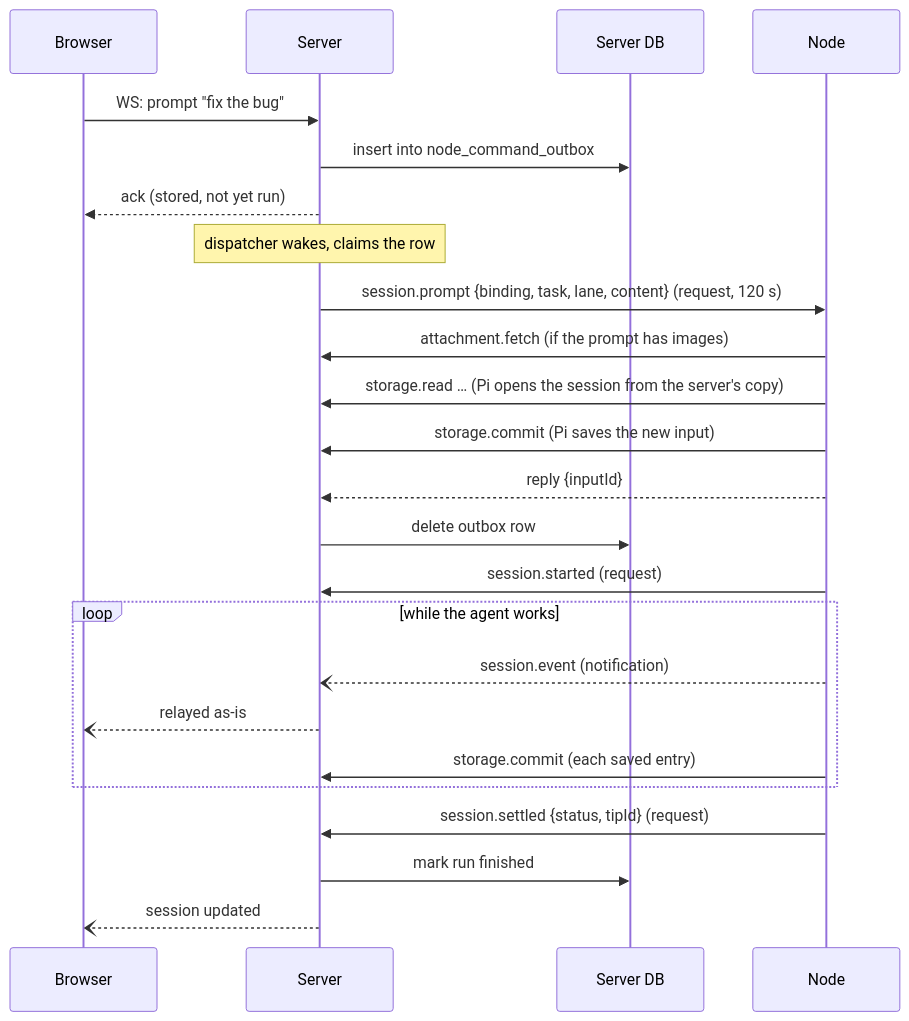
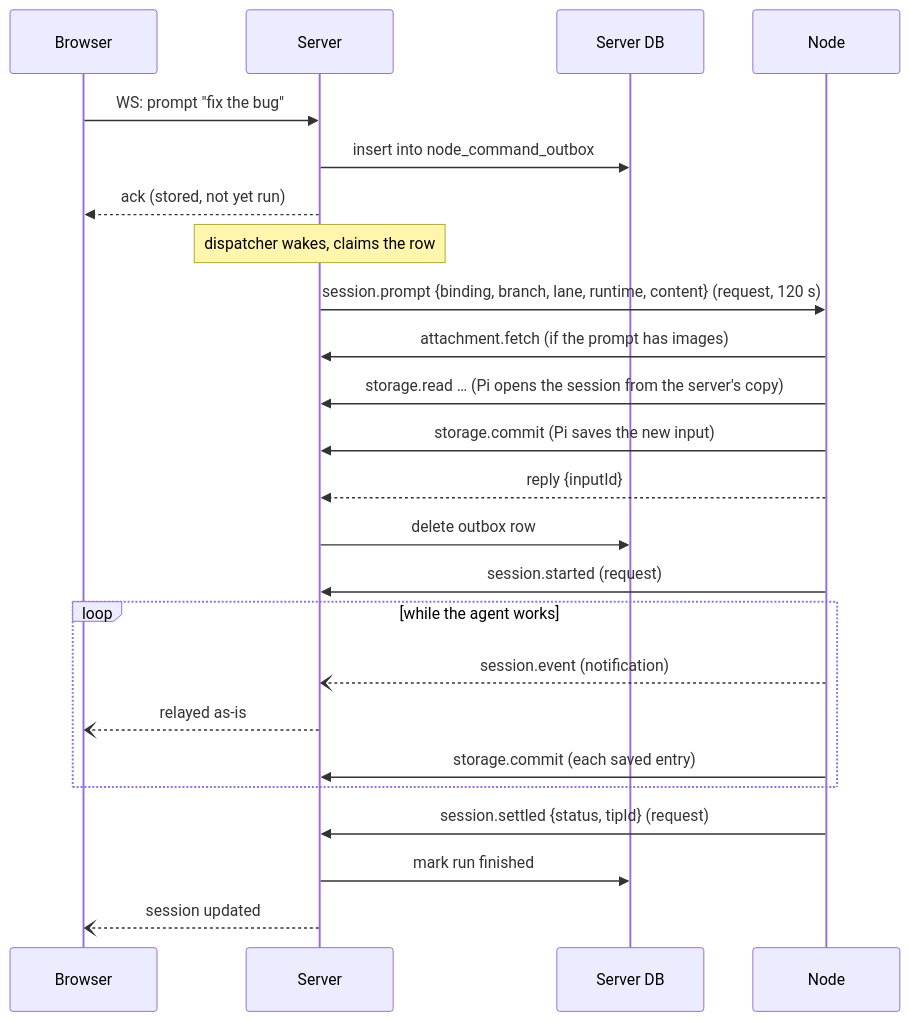
One commit to willtcarey/reins changed the fourth of 8 diagrams in docs/dev/node-transport.md. Above: the diagram before and after it, drawn with Mermaid. The commit also changed other lines of this file and 43 other files, not shown here.

First line of the commit message:
Session kinds, with the system prompt built on the server

````diff
--- a/docs/dev/node-transport.md
+++ b/docs/dev/node-transport.md
@@ -288,26 +288,26 @@
 ```mermaid
 sequenceDiagram
     participant B as Browser
     participant S as Server
     participant DB as Server DB
     participant N as Node
     B->>S: WS: prompt "fix the bug"
     S->>DB: insert into node_command_outbox
     S-->>B: ack (stored, not yet run)
     Note over S: dispatcher wakes, claims the row
-    S->>N: session.prompt {binding, task, lane, content} (request, 120 s)
+    S->>N: session.prompt {binding, branch, lane, runtime, content} (request, 120 s)
     N->>S: attachment.fetch (if the prompt has images)
     N->>S: storage.read … (Pi opens the session from the server's copy)
     N->>S: storage.commit (Pi saves the new input)
     N-->>S: reply {inputId}
     S->>DB: delete outbox row
     N->>S: session.started (request)
     loop while the agent works
         N--)S: session.event (notification)
         S--)B: relayed as-is
         N->>S: storage.commit (each saved entry)
     end
     N->>S: session.settled {status, tipId} (request)
     S->>DB: mark run finished
     S--)B: session updated
 ```
````
